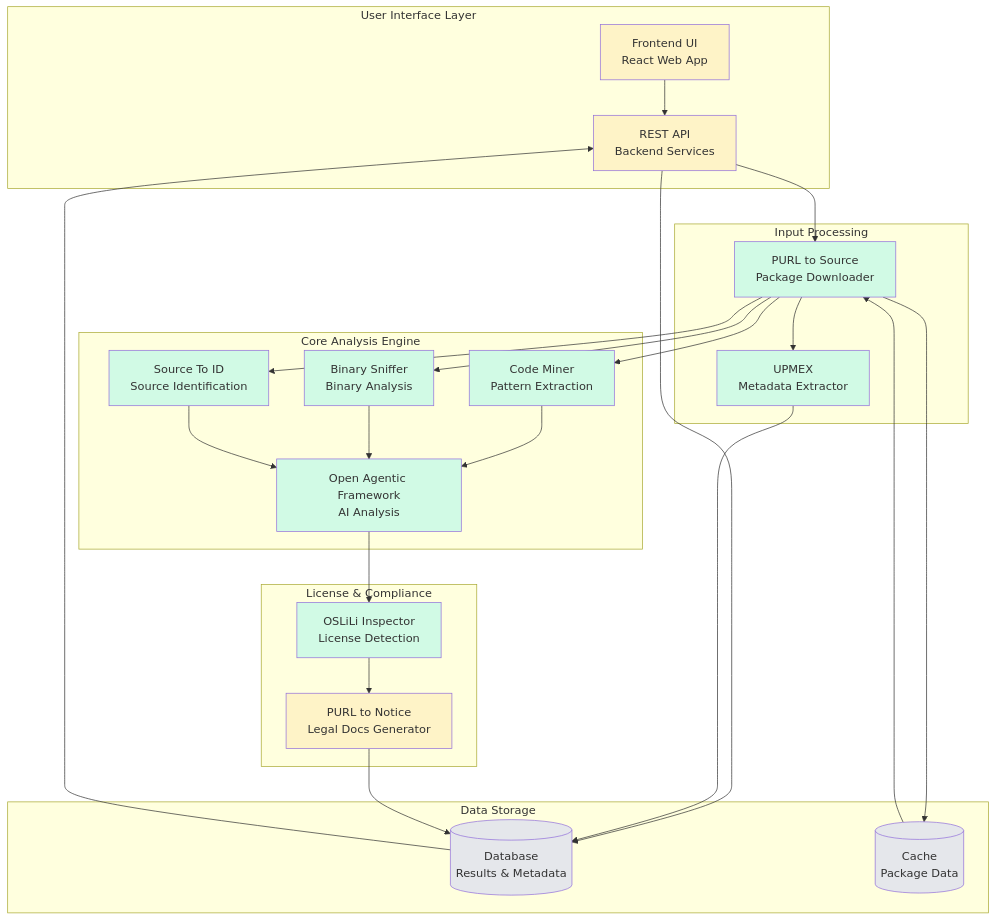
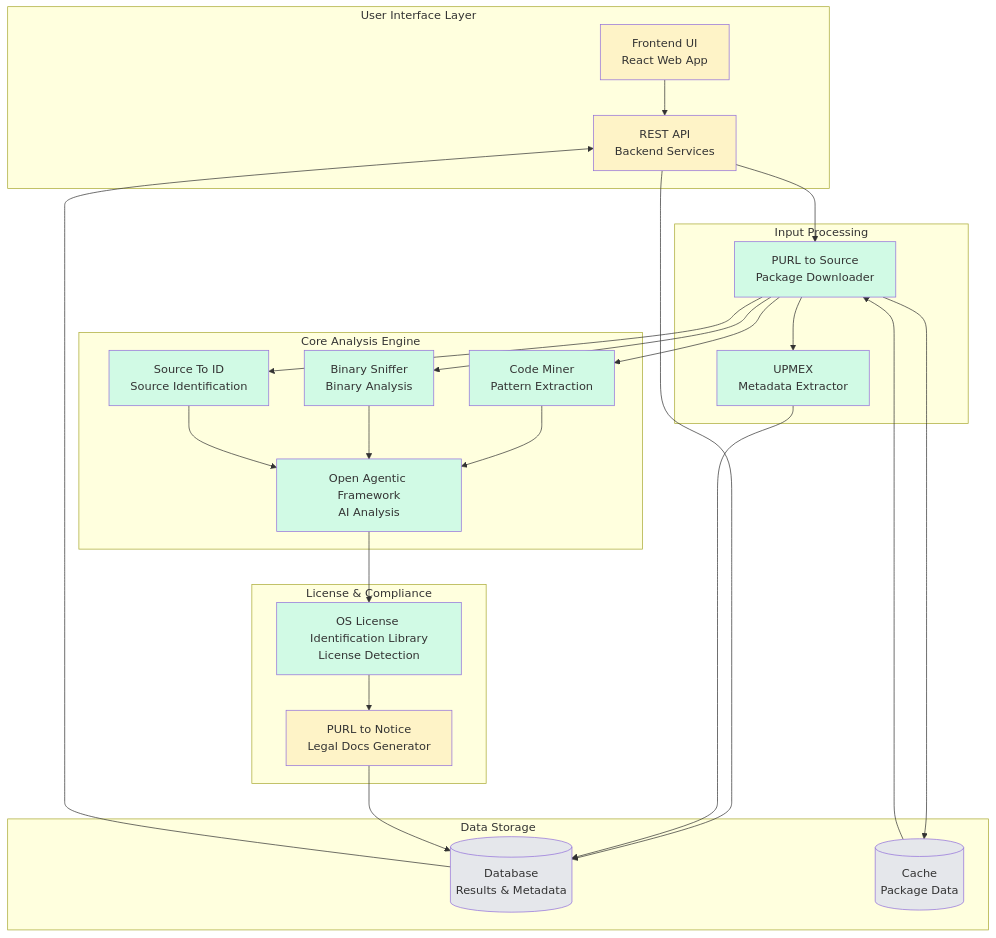
The first of 4 diagrams in capability-map.md (oscarvalenzuelab/codecopycatdefender.com), drawn with Mermaid before and after one commit. The commit also changed other lines of this file and 5 other files, not shown here.

Commit message:
Update OSLiLi Inspector name to OS License Identification Library

````diff
--- a/capability-map.md
+++ b/capability-map.md
@@ -5,65 +5,65 @@
 ```mermaid
 graph TB
     subgraph "User Interface Layer"
         WEB[Frontend UI<br/>React Web App]
         API[REST API<br/>Backend Services]
     end
 
     subgraph "Input Processing"
         PURL[PURL to Source<br/>Package Downloader]
         UPMEX[UPMEX<br/>Metadata Extractor]
     end
 
     subgraph "Core Analysis Engine"
         MINER[Code Miner<br/>Pattern Extraction]
         BINARY[Binary Sniffer<br/>Binary Analysis]
         SRC2ID[Source To ID<br/>Source Identification]
         AGENT[Open Agentic Framework<br/>AI Analysis]
     end
 
     subgraph "License & Compliance"
-        OSLILI[OSLiLi Inspector<br/>License Detection]
+        OSLILI[OS License Identification Library<br/>License Detection]
         NOTICE[PURL to Notice<br/>Legal Docs Generator]
     end
 
     subgraph "Data Storage"
         DB[(Database<br/>Results & Metadata)]
         CACHE[(Cache<br/>Package Data)]
     end
 
     WEB --> API
     API --> PURL
     API --> DB
     
     PURL --> CACHE
     PURL --> UPMEX
     PURL --> MINER
     PURL --> BINARY
     PURL --> SRC2ID
     
     UPMEX --> DB
     
     MINER --> AGENT
     BINARY --> AGENT
     SRC2ID --> AGENT
     
     AGENT --> OSLILI
     OSLILI --> NOTICE
     
     NOTICE --> DB
     DB --> API
     CACHE --> PURL
 
     style WEB fill:#fef3c7
     style API fill:#fef3c7
     style PURL fill:#d1fae5
     style UPMEX fill:#d1fae5
     style MINER fill:#d1fae5
     style BINARY fill:#d1fae5
     style SRC2ID fill:#d1fae5
     style AGENT fill:#d1fae5
     style OSLILI fill:#d1fae5
     style NOTICE fill:#fef3c7
     style DB fill:#e5e7eb
     style CACHE fill:#e5e7eb
 ```
````
